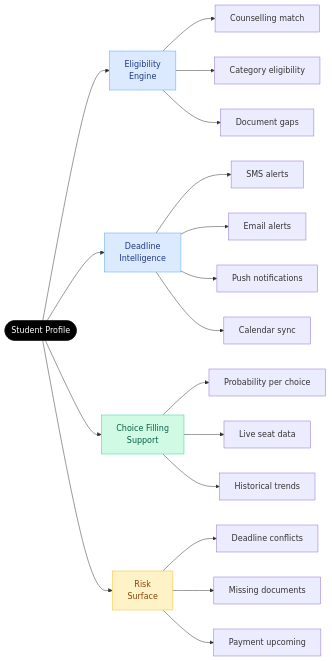
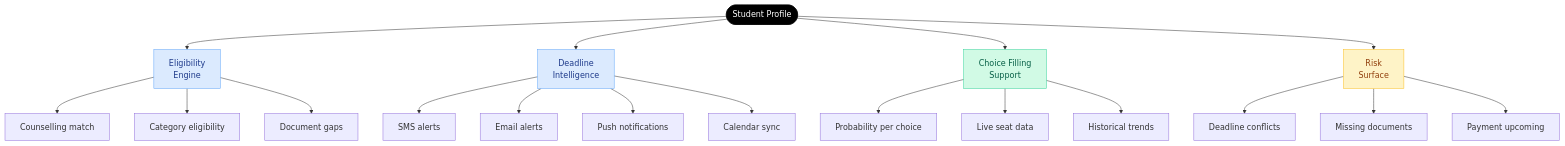
One commit to aashrutsharma2/docs changed the first of 2 diagrams in praveshai/guidance-and-support.mdx. Above: the diagram before and after it, drawn with Mermaid. The commit also changed other lines of this file, not shown here.

Commit message:
Updated mintlify pages
- Updated praveshai/guidance-and-support.mdx

Mintlify-Source: dashboard-editor

````diff
--- a/praveshai/guidance-and-support.mdx
+++ b/praveshai/guidance-and-support.mdx
@@ -13,30 +13,30 @@
 ```mermaid
-graph LR
+graph TD
     P([Student Profile]) --> E[Eligibility\nEngine]
     P --> D[Deadline\nIntelligence]
     P --> CF[Choice Filling\nSupport]
     P --> RS[Risk\nSurface]
 
     E --> E1[Counselling match]
     E --> E2[Category eligibility]
     E --> E3[Document gaps]
 
     D --> D1[SMS alerts]
     D --> D2[Email alerts]
     D --> D3[Push notifications]
     D --> D4[Calendar sync]
 
     CF --> CF1[Probability per choice]
     CF --> CF2[Live seat data]
     CF --> CF3[Historical trends]
 
     RS --> RS1[Deadline conflicts]
     RS --> RS2[Missing documents]
     RS --> RS3[Payment upcoming]
 
     style P fill:#000000,stroke:#000000,color:#ffffff
     style E fill:#DBEAFE,stroke:#60A5FA,color:#1E3A8A
     style D fill:#DBEAFE,stroke:#60A5FA,color:#1E3A8A
     style CF fill:#D1FAE5,stroke:#34D399,color:#065F46
     style RS fill:#FEF3C7,stroke:#FBBF24,color:#92400E
 ```
````
